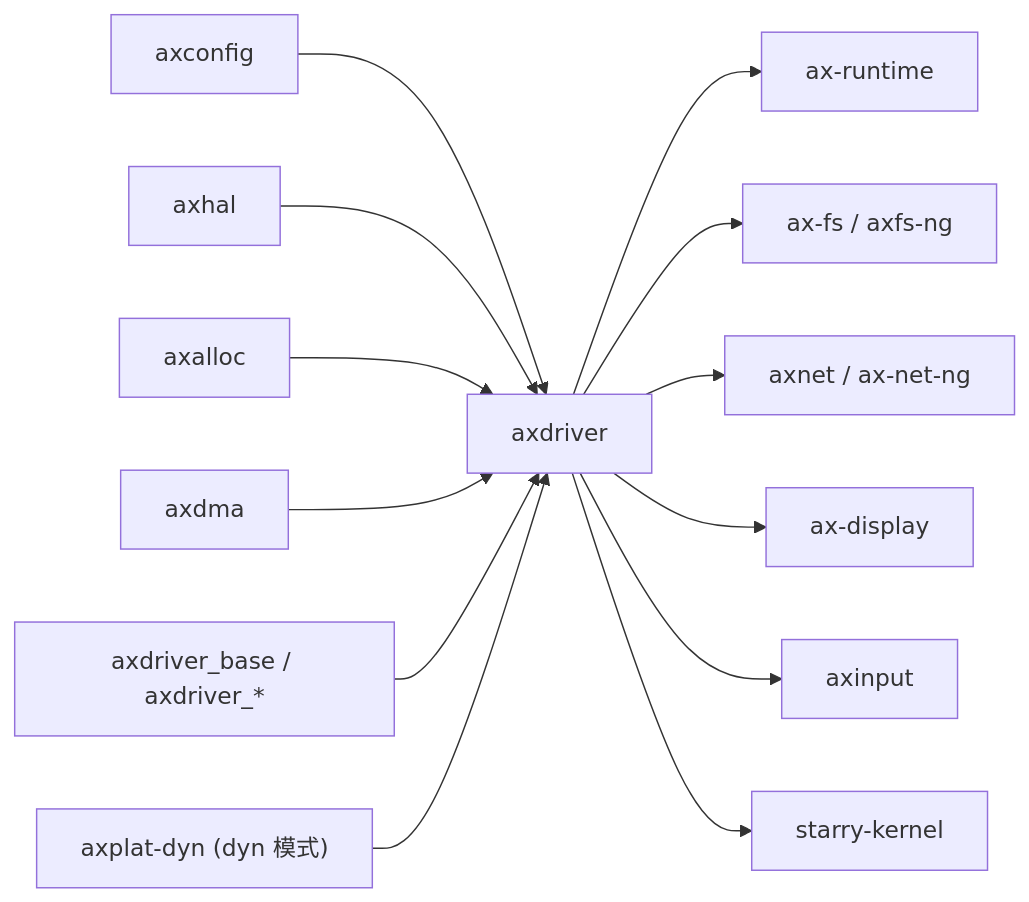
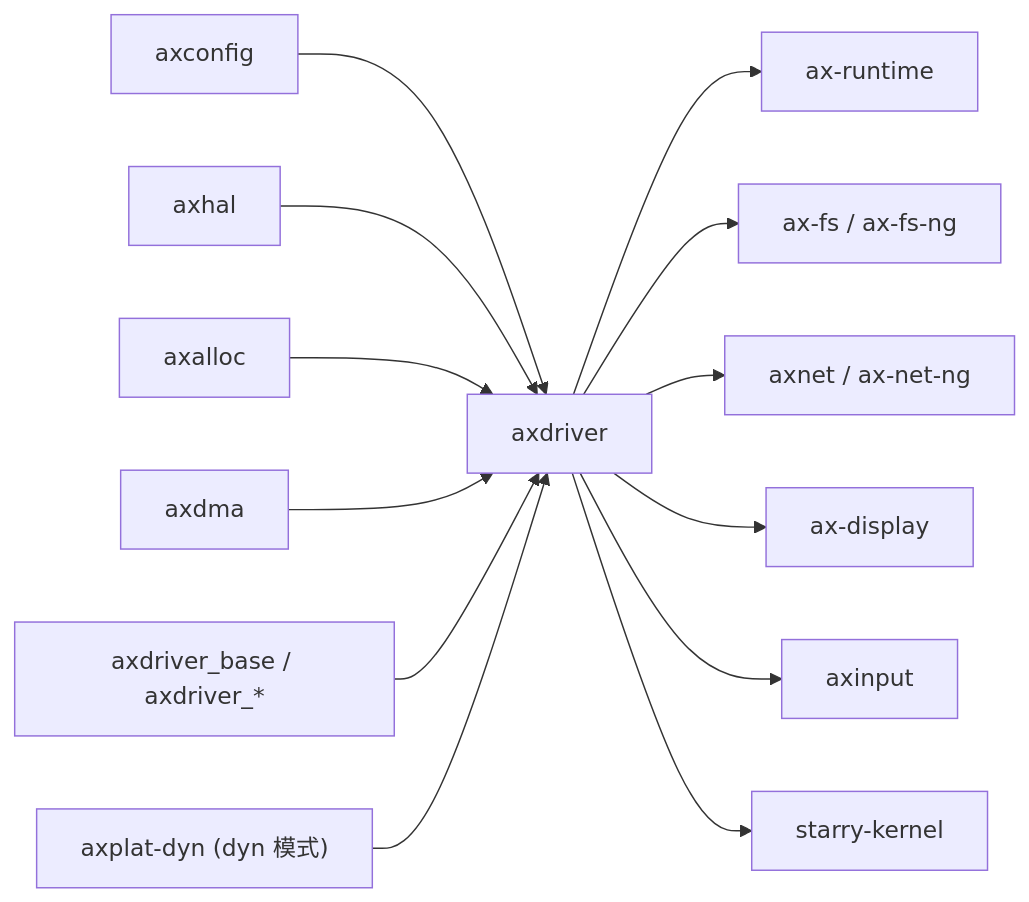
The second of 2 diagrams in docs/crates/axdriver.md (rcore-os/tgoskits), drawn with Mermaid before and after one commit. The commit also changed other lines of this file and 37 other files, not shown here.

````diff
--- a/docs/crates/axdriver.md
+++ b/docs/crates/axdriver.md
@@ -124,16 +124,16 @@
 ```mermaid
 graph LR
     axconfig["axconfig"] --> axdriver["axdriver"]
     axhal["axhal"] --> axdriver
     axalloc["axalloc"] --> axdriver
     axdma["axdma"] --> axdriver
     axdriver_base["axdriver_base / axdriver_*"] --> axdriver
     axplat_dyn["axplat-dyn (dyn 模式)"] --> axdriver
 
     axdriver --> ax-runtime["ax-runtime"]
-    axdriver --> ax-fs["ax-fs / axfs-ng"]
+    axdriver --> ax-fs["ax-fs / ax-fs-ng"]
     axdriver --> axnet["axnet / ax-net-ng"]
     axdriver --> ax-display["ax-display"]
     axdriver --> axinput["axinput"]
     axdriver --> starry_kernel["starry-kernel"]
 ```
````
